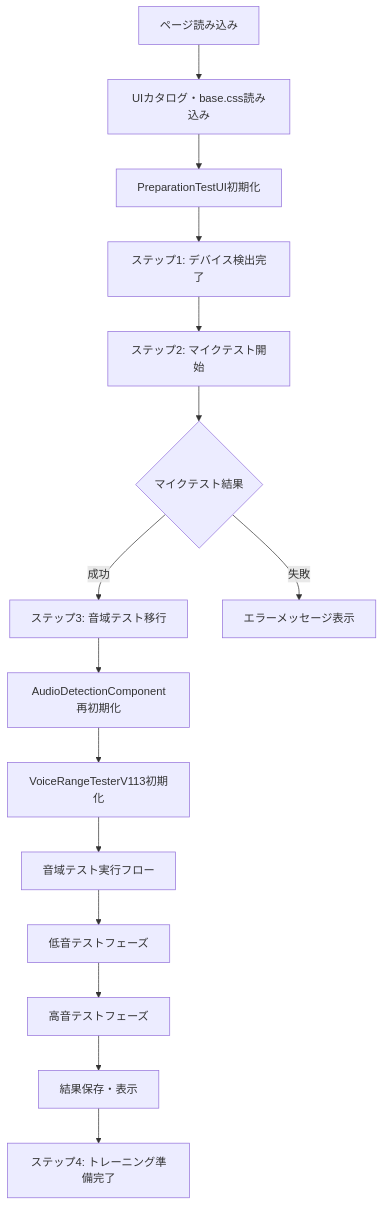
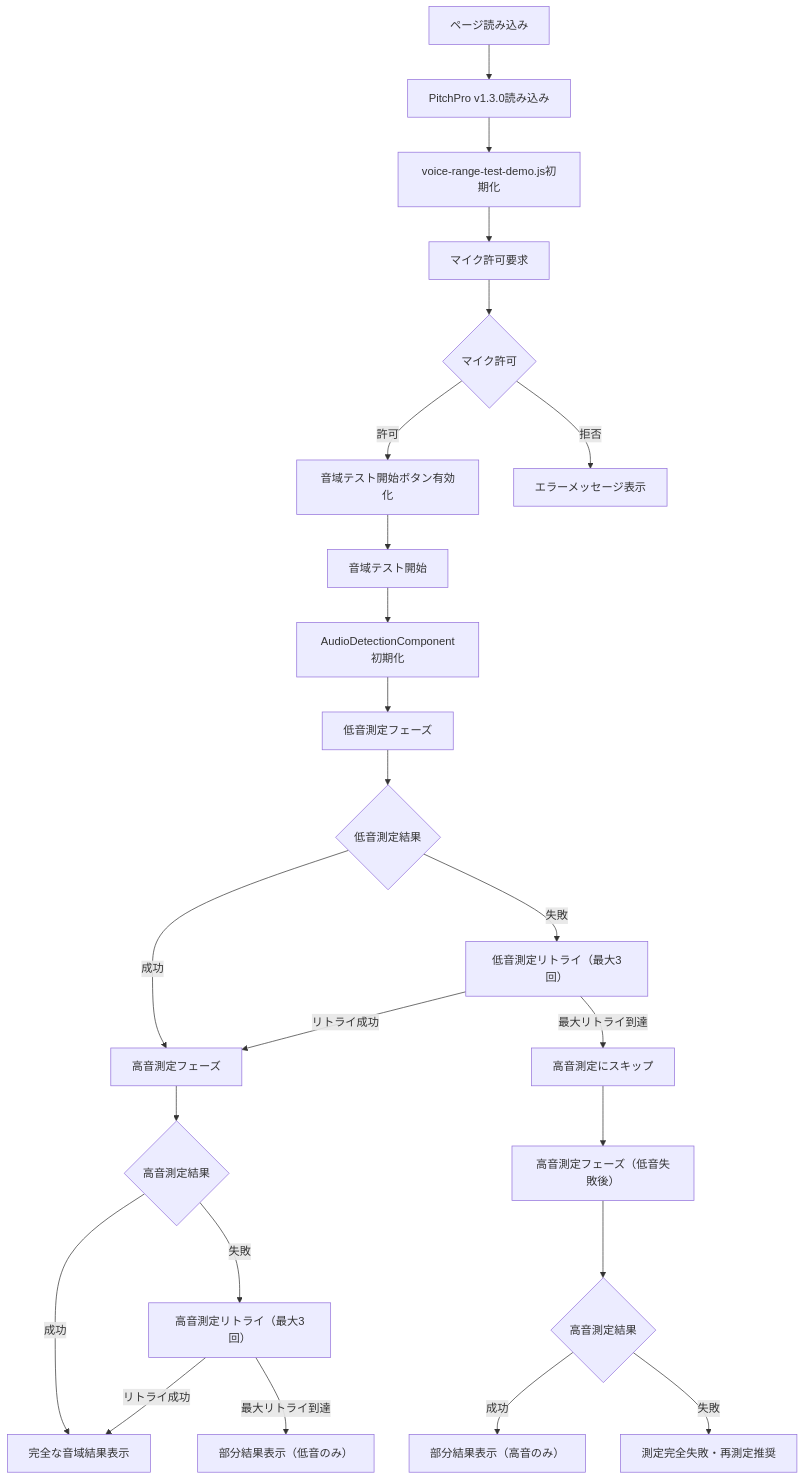
The first of 10 diagrams in VOICE_RANGE_TEST_FLOW_DIAGRAM.md (kiyopi/Relative-pitch-app), drawn with Mermaid before and after one commit. The commit also changed other lines of this file and 79 other files, not shown here.

````diff
--- a/VOICE_RANGE_TEST_FLOW_DIAGRAM.md
+++ b/VOICE_RANGE_TEST_FLOW_DIAGRAM.md
@@ -11,20 +12,31 @@
 ```mermaid
 flowchart TD
-    A[ページ読み込み] --> B[UIカタログ・base.css読み込み]
-    B --> C[PreparationTestUI初期化]
-    C --> D[ステップ1: デバイス検出完了]
-    
-    D --> E[ステップ2: マイクテスト開始]
-    E --> F{マイクテスト結果}
-    F -->|成功| G[ステップ3: 音域テスト移行]
-    F -->|失敗| H[エラーメッセージ表示]
-    
-    G --> I[AudioDetectionComponent再初期化]
-    I --> J[VoiceRangeTesterV113初期化]
-    J --> K[音域テスト実行フロー]
-    
-    K --> L[低音テストフェーズ]
-    L --> M[高音テストフェーズ]
-    M --> N[結果保存・表示]
-    N --> O[ステップ4: トレーニング準備完了]
+    A[ページ読み込み] --> B[PitchPro v1.3.0読み込み]
+    B --> C[voice-range-test-demo.js初期化]
+    C --> D[マイク許可要求]
+
+    D --> E{マイク許可}
+    E -->|許可| F[音域テスト開始ボタン有効化]
+    E -->|拒否| G[エラーメッセージ表示]
+
+    F --> H[音域テスト開始]
+    H --> I[AudioDetectionComponent初期化]
+    I --> J[低音測定フェーズ]
+
+    J --> K{低音測定結果}
+    K -->|成功| L[高音測定フェーズ]
+    K -->|失敗| M[低音測定リトライ（最大3回）]
+    M -->|リトライ成功| L
+    M -->|最大リトライ到達| N[高音測定にスキップ]
+
+    L --> O{高音測定結果}
+    O -->|成功| P[完全な音域結果表示]
+    O -->|失敗| Q[高音測定リトライ（最大3回）]
+    Q -->|リトライ成功| P
+    Q -->|最大リトライ到達| R[部分結果表示（低音のみ）]
+
+    N --> S[高音測定フェーズ（低音失敗後）]
+    S --> T{高音測定結果}
+    T -->|成功| U[部分結果表示（高音のみ）]
+    T -->|失敗| V[測定完全失敗・再測定推奨]
 ```
````
